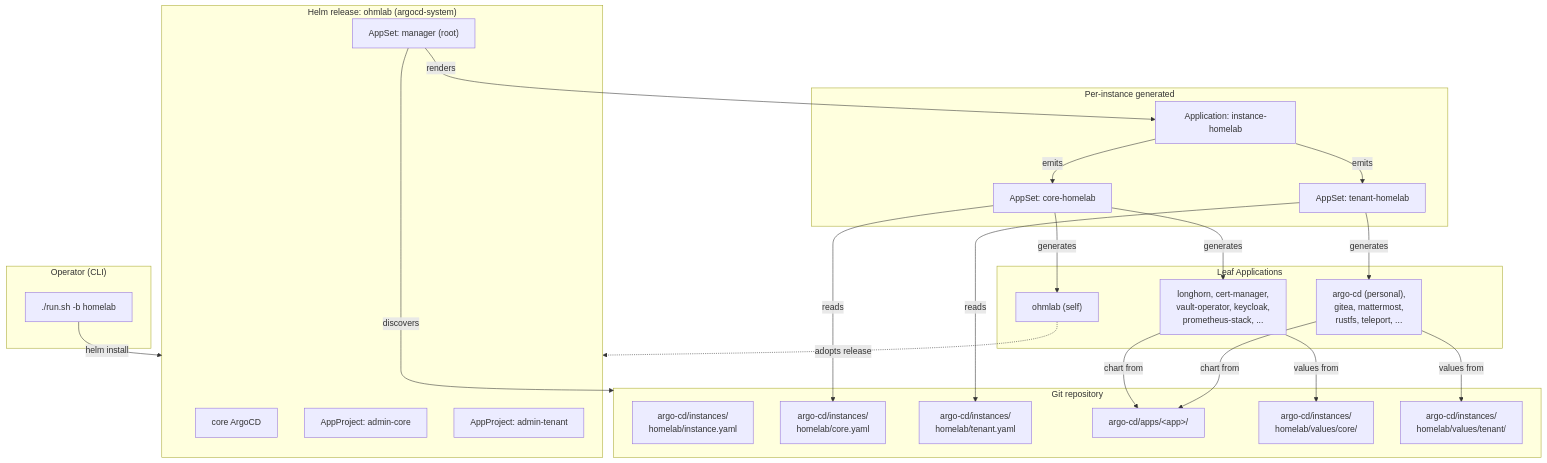
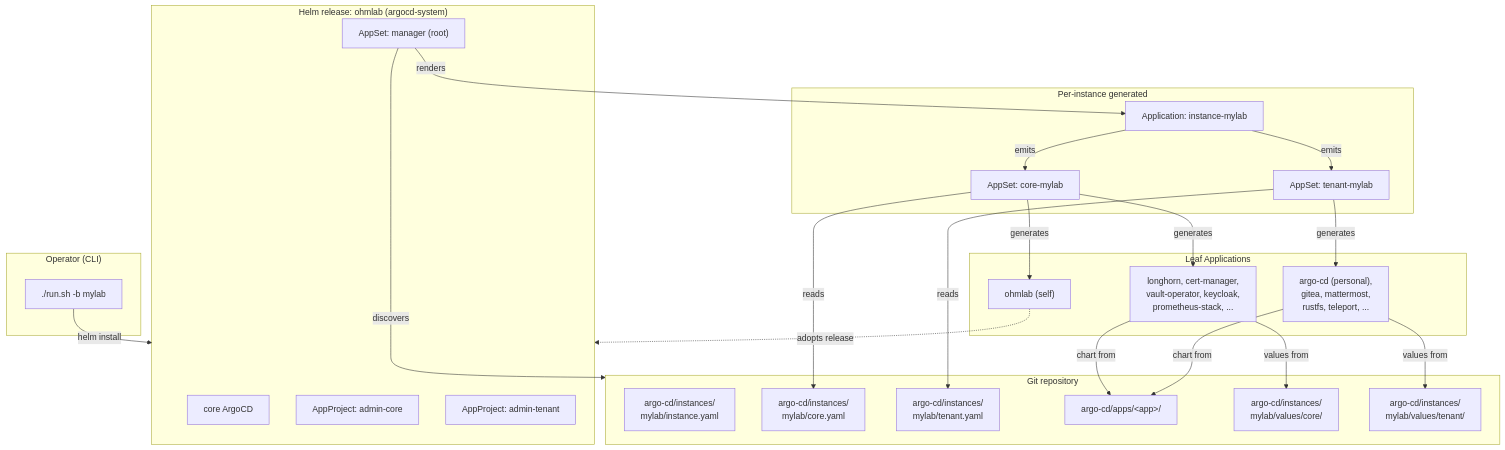
Before and after one commit to this-is-tobi/ohmlab: the second of 3 diagrams in docs/03-installation.md, drawn with Mermaid. The commit also changed other lines of this file and 11 other files, not shown here.

````diff
--- a/docs/03-installation.md
+++ b/docs/03-installation.md
@@ -423,50 +423,50 @@
 ```mermaid
 flowchart TB
     subgraph cli["Operator (CLI)"]
-        runsh["./run.sh -b homelab"]
+        runsh["./run.sh -b mylab"]
     end
 
     subgraph bootstrap["Helm release: ohmlab (argocd-system)"]
         coreArgo["core ArgoCD"]
         projC["AppProject: admin-core"]
         projT["AppProject: admin-tenant"]
         rootAS["AppSet: manager (root)"]
     end
 
     subgraph generated["Per-instance generated"]
-        instApp["Application: instance-homelab"]
-        coreAS["AppSet: core-homelab"]
-        tenantAS["AppSet: tenant-homelab"]
+        instApp["Application: instance-mylab"]
+        coreAS["AppSet: core-mylab"]
+        tenantAS["AppSet: tenant-mylab"]
     end
 
     subgraph apps["Leaf Applications"]
         selfApp["ohmlab (self)"]
         coreApps["longhorn, cert-manager,<br/>vault-operator, keycloak,<br/>prometheus-stack, ..."]
         tenantApps["argo-cd (personal),<br/>gitea, mattermost,<br/>rustfs, teleport, ..."]
     end
 
     subgraph git["Git repository"]
-        instYaml["argo-cd/instances/<br/>homelab/instance.yaml"]
-        coreJson["argo-cd/instances/<br/>homelab/core.yaml"]
-        tenantJson["argo-cd/instances/<br/>homelab/tenant.yaml"]
+        instYaml["argo-cd/instances/<br/>mylab/instance.yaml"]
+        coreJson["argo-cd/instances/<br/>mylab/core.yaml"]
+        tenantJson["argo-cd/instances/<br/>mylab/tenant.yaml"]
         appCharts["argo-cd/apps/&lt;app&gt;/"]
-        coreVals["argo-cd/instances/<br/>homelab/values/core/"]
-        tenantVals["argo-cd/instances/<br/>homelab/values/tenant/"]
+        coreVals["argo-cd/instances/<br/>mylab/values/core/"]
+        tenantVals["argo-cd/instances/<br/>mylab/values/tenant/"]
     end
 
     runsh -->|helm install| bootstrap
     rootAS -->|discovers| git
     rootAS -->|renders| instApp
     instApp -->|emits| coreAS
     instApp -->|emits| tenantAS
     coreAS -->|reads| coreJson
     tenantAS -->|reads| tenantJson
     coreAS -->|generates| selfApp
     coreAS -->|generates| coreApps
     tenantAS -->|generates| tenantApps
     selfApp -.->|adopts release| bootstrap
     coreApps -->|chart from| appCharts
     coreApps -->|values from| coreVals
     tenantApps -->|chart from| appCharts
     tenantApps -->|values from| tenantVals
 ```
````
